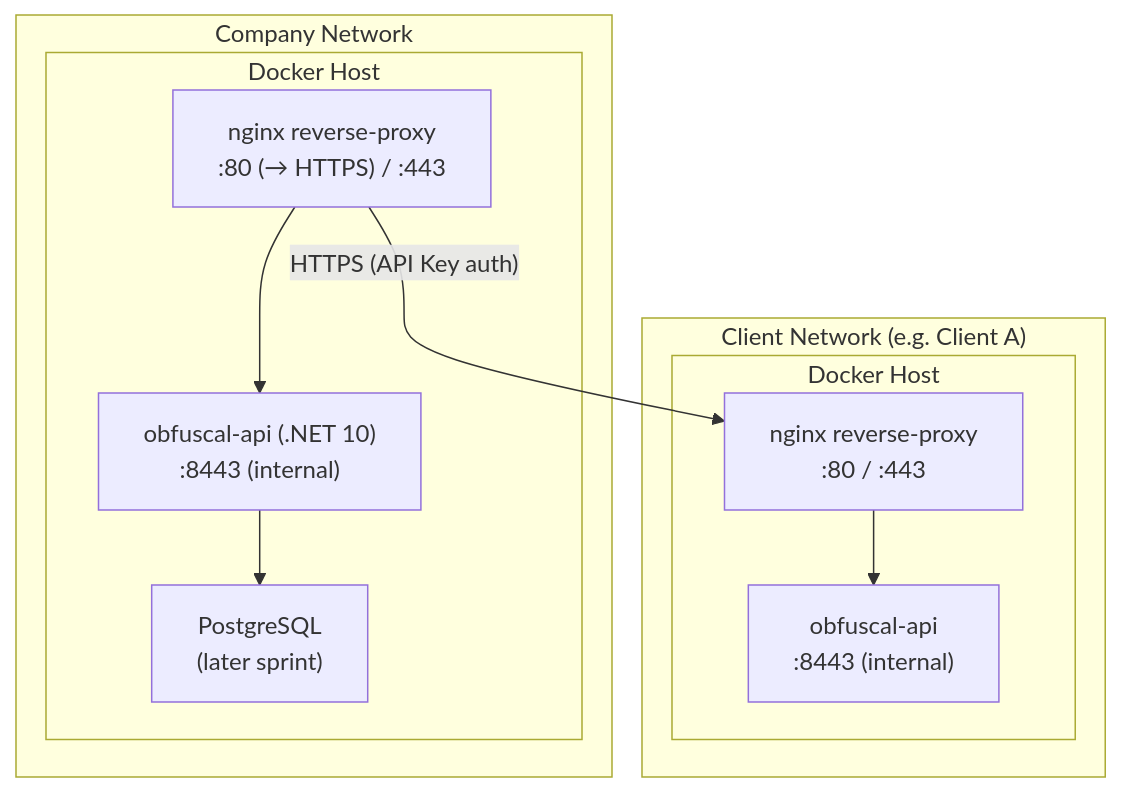
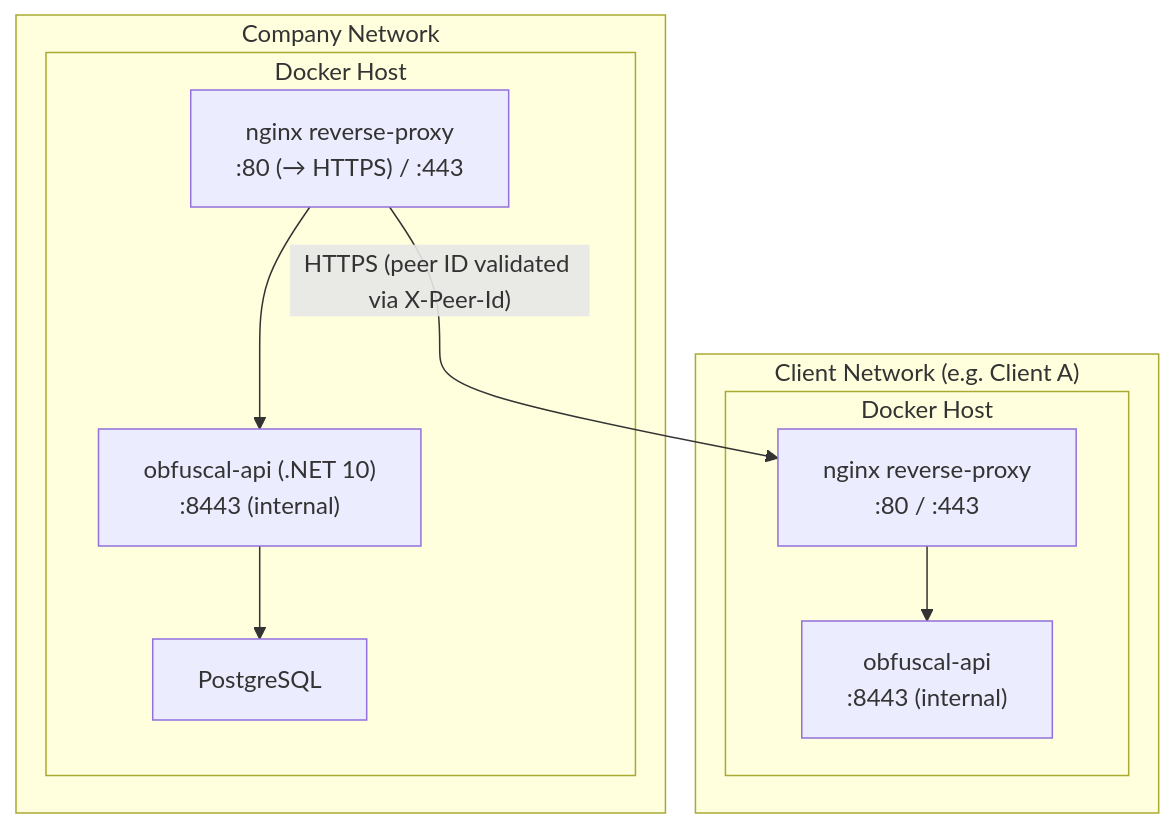
One commit to InfSupStageMG/ObfusCal changed the diagram in docs/07-deployment-view.md. Above: the diagram before and after it, drawn with Mermaid. The commit also changed other lines of this file and 31 other files, not shown here.

````diff
--- a/docs/07-deployment-view.md
+++ b/docs/07-deployment-view.md
@@ -8,26 +8,26 @@
 ```mermaid
 flowchart TB
 
 %% Company Network
 subgraph CN["Company Network"]
     subgraph DH1["Docker Host"]
         NGINX1["nginx reverse-proxy\n:80 (→ HTTPS) / :443"]
         API1["obfuscal-api (.NET 10)\n:8443 (internal)"]
-        DB["PostgreSQL\n(later sprint)"]
+        DB["PostgreSQL"]
         NGINX1 --> API1
         API1 --> DB
     end
 end
 
 %% Client Network
 subgraph CL["Client Network (e.g. Client A)"]
     subgraph DH2["Docker Host"]
         NGINX2["nginx reverse-proxy\n:80 / :443"]
         API2["obfuscal-api\n:8443 (internal)"]
         NGINX2 --> API2
     end
 end
 
 %% Connection
-NGINX1 -- "HTTPS (API Key auth)" --> NGINX2
+NGINX1 -- "HTTPS (peer ID validated via X-Peer-Id)" --> NGINX2
 ```
````
